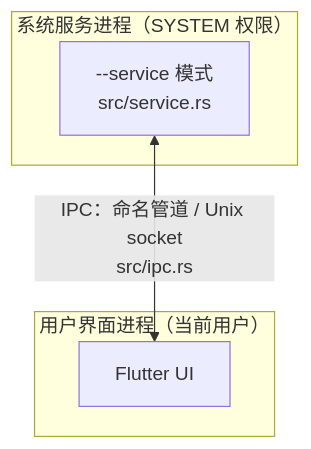
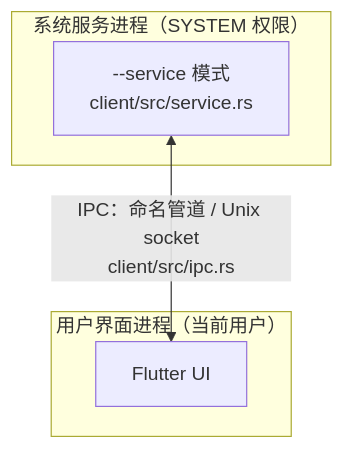
One commit to liaozhimingandy/wedesk changed the fourth of 4 diagrams in docs/02-runtime.md. Above: the diagram before and after it, drawn with Mermaid. The commit also changed other lines of this file and 17 other files, not shown here.

````diff
--- a/docs/02-runtime.md
+++ b/docs/02-runtime.md
@@ -156,10 +156,10 @@
 ```mermaid
 flowchart TB
     subgraph SYS["系统服务进程（SYSTEM 权限）"]
-        SV["--service 模式<br/>src/service.rs"]
+        SV["--service 模式<br/>client/src/service.rs"]
     end
     subgraph USR["用户界面进程（当前用户）"]
         UI["Flutter UI"]
     end
-    SV <-->|"IPC：命名管道 / Unix socket<br/>src/ipc.rs"| UI
+    SV <-->|"IPC：命名管道 / Unix socket<br/>client/src/ipc.rs"| UI
 ```
````
